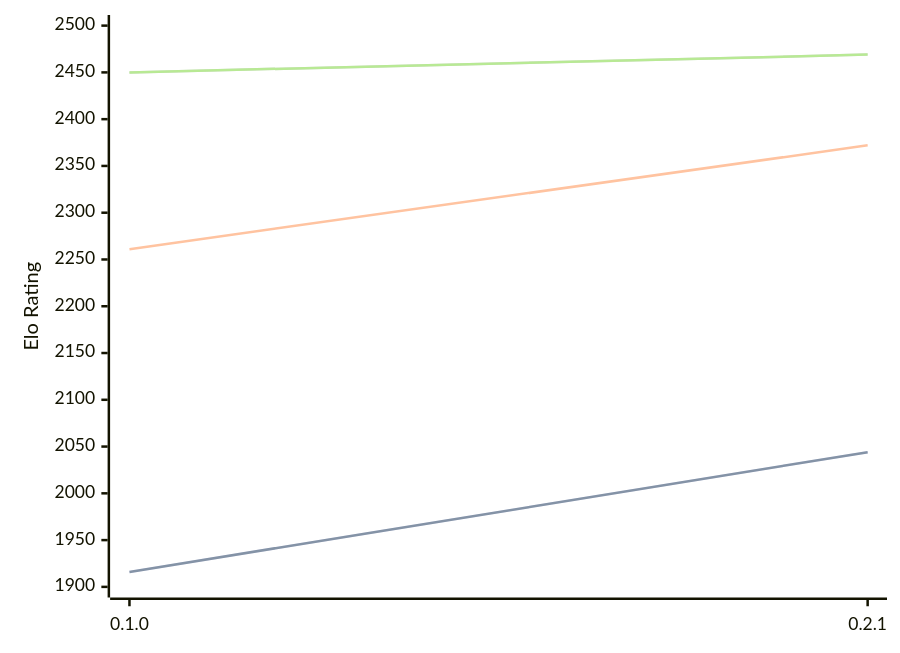
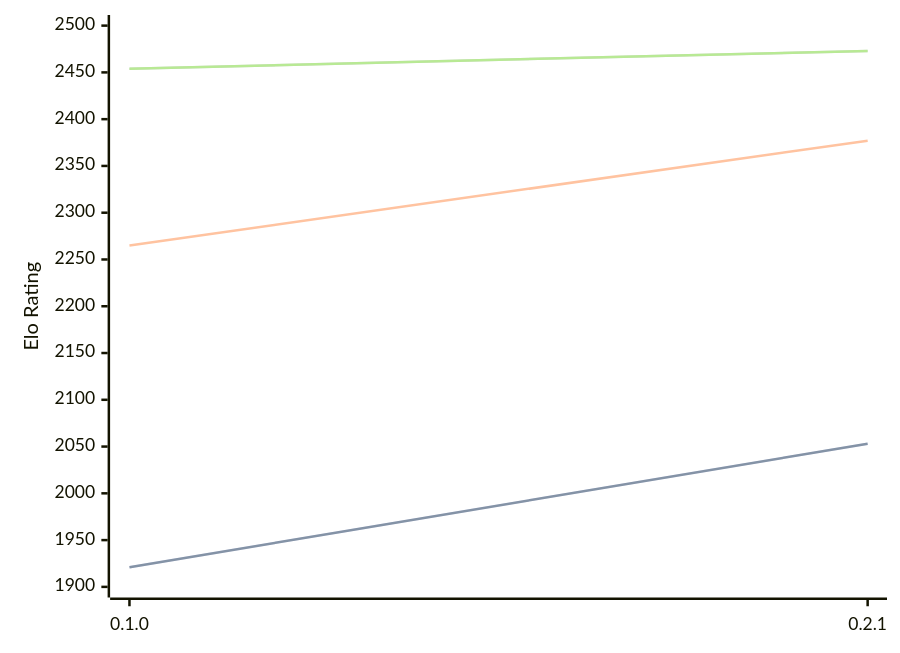
The diagram in engines/Sykora.md (computer-chess-index/cci), drawn with Mermaid before and after one commit. The commit also changed other lines of this file, not shown here.

Commit message:
Update CCI Ratings (ELO VLTC) - 2026-04-18

````diff
--- a/engines/Sykora.md
+++ b/engines/Sykora.md
@@ -33,11 +33,11 @@
 ```mermaid
 %%{init: {"theme":"base","themeVariables":{"seriesColors:['#a3a3a3','#222221','#faa371']}}}%%
 xychart-beta
   x-axis ["0.1.0", "0.2.1"]
   y-axis "Elo Rating" 1900 --> 2500
-  line "STC (8.0+0.08s)" [1916, 2044]
-  line "STC (8.0+0.08s)" [1916, 2044]
-  line "LTC (60.0+0.60s)" [2261, 2372]
-  line "VLTC (2m24s+1.12s)" [2450, 2469]
-  line "VLTC (2m24s+1.12s)" [2450, 2469]
+  line "STC (8.0+0.08s)" [1921, 2053]
+  line "STC (8.0+0.08s)" [1921, 2053]
+  line "LTC (60.0+0.60s)" [2265, 2377]
+  line "VLTC (2m24s+1.12s)" [2454, 2473]
+  line "VLTC (2m24s+1.12s)" [2454, 2473]
 ```
````
